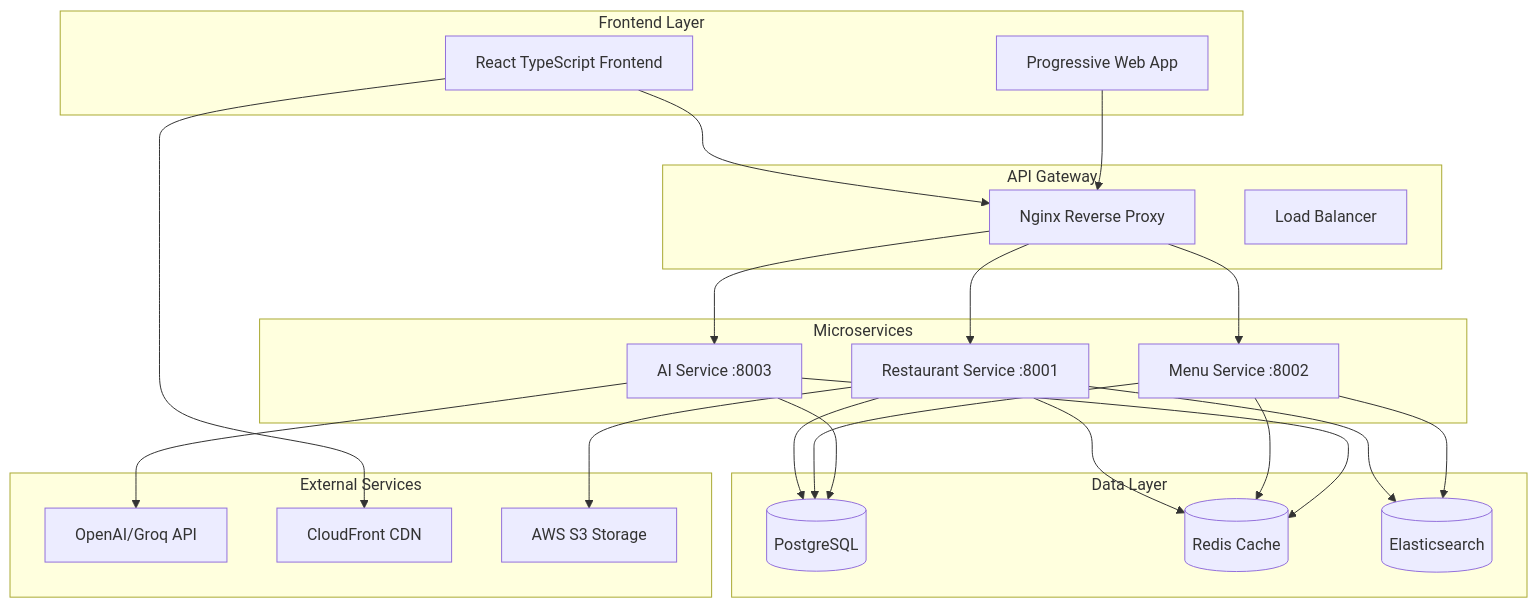
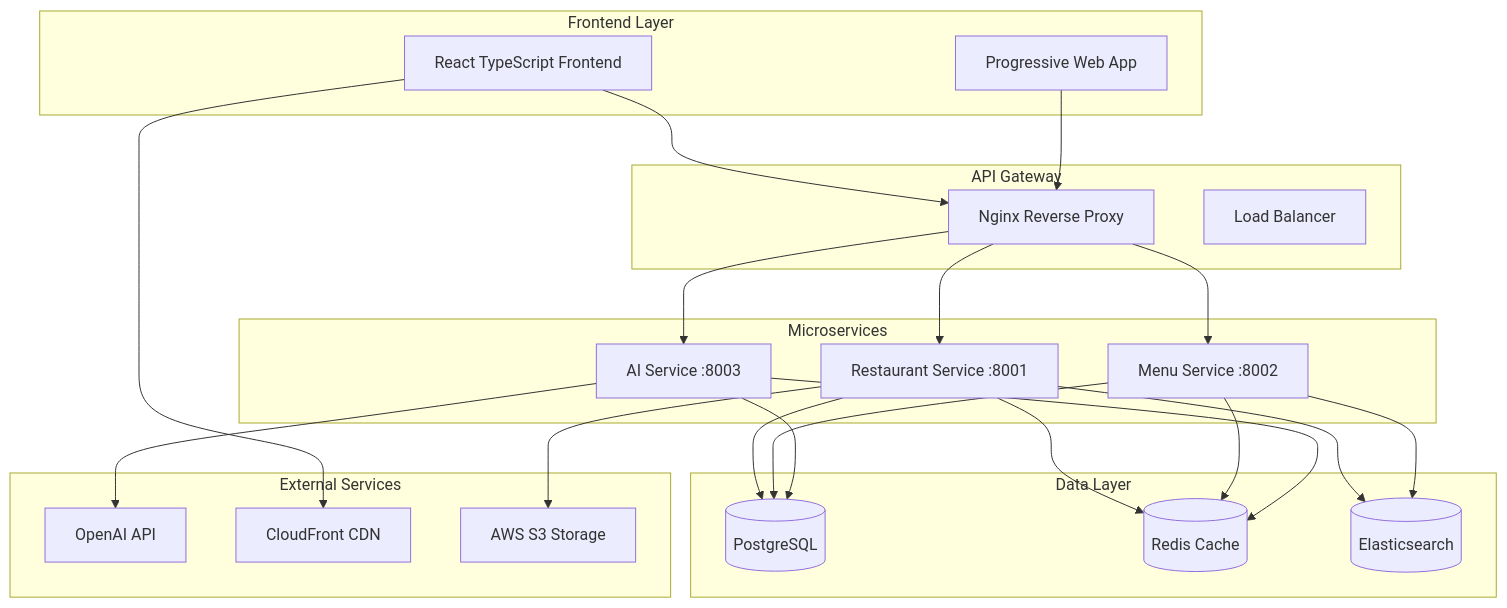
One commit to imtheja/restaurant-ai-platform changed the first of 3 diagrams in README.md. Above: the diagram before and after it, drawn with Mermaid. The commit also changed other lines of this file and 10 other files, not shown here.

````diff
--- a/README.md
+++ b/README.md
@@ -34,47 +34,47 @@
 ```mermaid
 graph TB
     subgraph "Frontend Layer"
         FE[React TypeScript Frontend]
         PWA[Progressive Web App]
     end
     
     subgraph "API Gateway"
         NG[Nginx Reverse Proxy]
         LB[Load Balancer]
     end
     
     subgraph "Microservices"
         RS[Restaurant Service :8001]
         MS[Menu Service :8002] 
         AIS[AI Service :8003]
     end
     
     subgraph "Data Layer"
         PG[(PostgreSQL)]
         RD[(Redis Cache)]
         ES[(Elasticsearch)]
     end
     
     subgraph "External Services"
-        AI[OpenAI/Groq API]
+        AI[OpenAI API]
         CDN[CloudFront CDN]
         S3[AWS S3 Storage]
     end
     
     FE --> NG
     PWA --> NG
     NG --> RS
     NG --> MS  
     NG --> AIS
     RS --> PG
     MS --> PG
     AIS --> PG
     AIS --> AI
     RS --> RD
     MS --> RD
     AIS --> RD
     RS --> ES
     MS --> ES
     FE --> CDN
     RS --> S3
 ```
````
